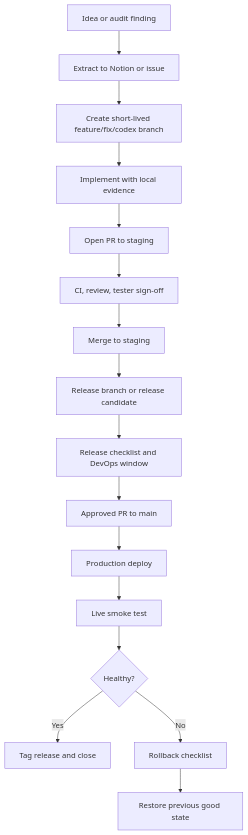
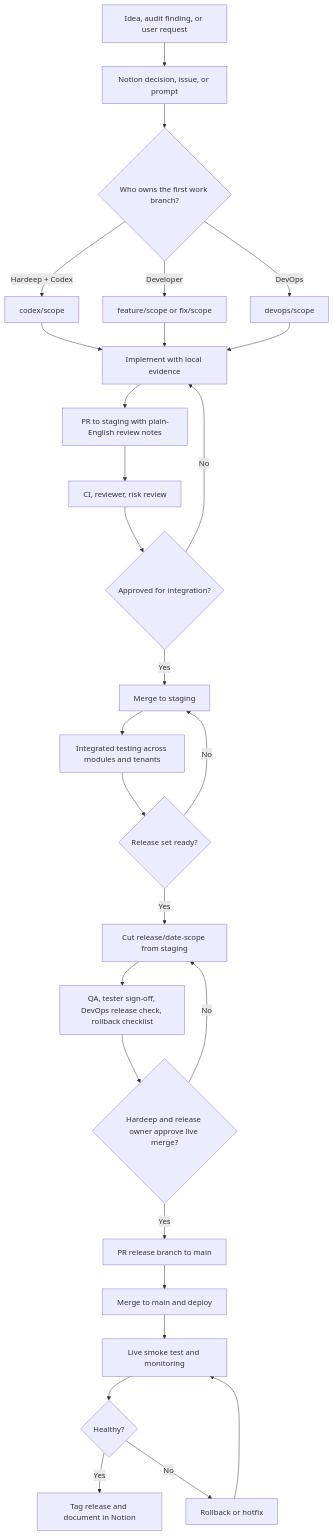
The diagram in docs/governance/ENTERPRISE_SDLC.md (hpad66-pixel/nspire-guardian-hub), drawn with Mermaid before and after one commit. The commit also changed other lines of this file and 4 other files, not shown here.

````diff
--- a/docs/governance/ENTERPRISE_SDLC.md
+++ b/docs/governance/ENTERPRISE_SDLC.md
@@ -23,18 +37,30 @@
 ```mermaid
 flowchart TD
-  A[Idea or audit finding] --> B[Extract to Notion or issue]
-  B --> C[Create short-lived feature/fix/codex branch]
-  C --> D[Implement with local evidence]
-  D --> E[Open PR to staging]
-  E --> F[CI, review, tester sign-off]
-  F --> G[Merge to staging]
-  G --> H[Release branch or release candidate]
-  H --> I[Release checklist and DevOps window]
-  I --> J[Approved PR to main]
-  J --> K[Production deploy]
-  K --> L[Live smoke test]
-  L --> M{Healthy?}
-  M -->|Yes| N[Tag release and close]
-  M -->|No| O[Rollback checklist]
-  O --> P[Restore previous good state]
+  A[Idea, audit finding, or user request] --> B[Notion decision, issue, or prompt]
+  B --> C{Who owns the first work branch?}
+  C -->|Hardeep + Codex| D[codex/scope]
+  C -->|Developer| E[feature/scope or fix/scope]
+  C -->|DevOps| F[devops/scope]
+  D --> G[Implement with local evidence]
+  E --> G
+  F --> G
+  G --> H[PR to staging with plain-English review notes]
+  H --> I[CI, reviewer, risk review]
+  I --> J{Approved for integration?}
+  J -->|No| G
+  J -->|Yes| K[Merge to staging]
+  K --> L[Integrated testing across modules and tenants]
+  L --> M{Release set ready?}
+  M -->|No| K
+  M -->|Yes| N[Cut release/date-scope from staging]
+  N --> O[QA, tester sign-off, DevOps release check, rollback checklist]
+  O --> P{Hardeep and release owner approve live merge?}
+  P -->|No| N
+  P -->|Yes| Q[PR release branch to main]
+  Q --> R[Merge to main and deploy]
+  R --> S[Live smoke test and monitoring]
+  S --> T{Healthy?}
+  T -->|Yes| U[Tag release and document in Notion]
+  T -->|No| V[Rollback or hotfix]
+  V --> S
 ```
````
